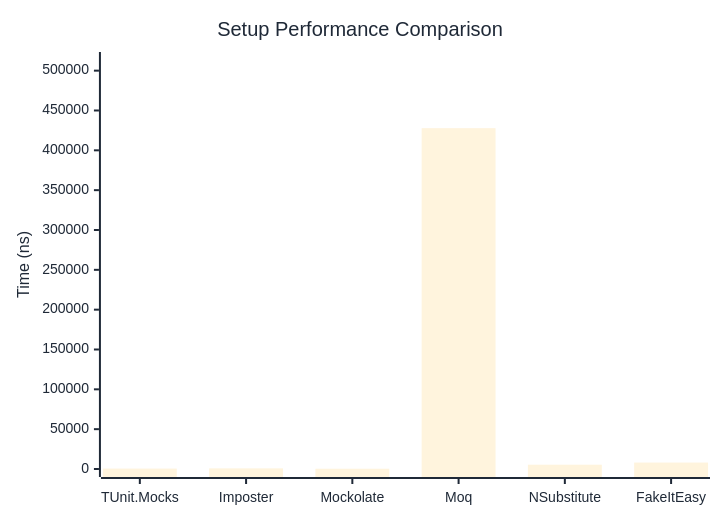
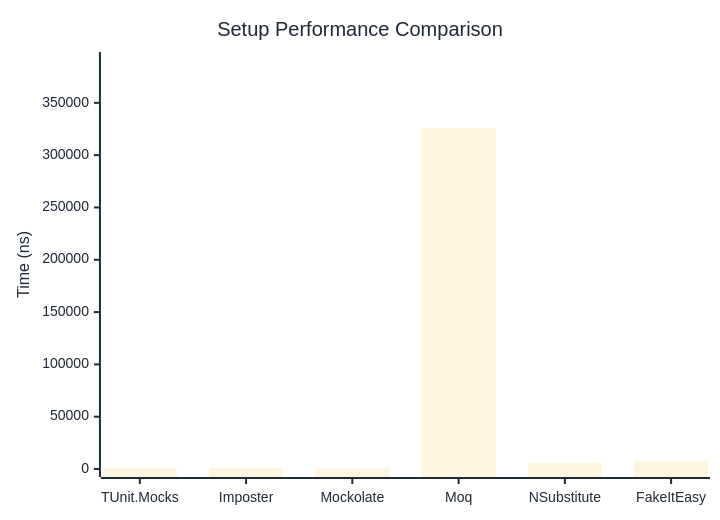
One commit to thomhurst/TUnit changed the first of 2 diagrams in docs/docs/benchmarks/mocks/Setup.md. Above: the diagram before and after it, drawn with Mermaid. The commit also changed other lines of this file and 14 other files, not shown here.

````diff
--- a/docs/docs/benchmarks/mocks/Setup.md
+++ b/docs/docs/benchmarks/mocks/Setup.md
@@ -30,27 +30,27 @@
 ```mermaid
 %%{init: {
   'theme':'base',
   'themeVariables': {
     'primaryColor': '#2563eb',
     'primaryTextColor': '#1f2937',
     'primaryBorderColor': '#1e40af',
     'lineColor': '#6b7280',
     'secondaryColor': '#7c3aed',
     'tertiaryColor': '#dc2626',
     'background': '#ffffff',
     'pie1': '#2563eb',
     'pie2': '#7c3aed',
     'pie3': '#dc2626',
     'pie4': '#f59e0b',
     'pie5': '#10b981',
     'pie6': '#06b6d4',
     'pie7': '#ec4899',
     'pie8': '#6366f1'
   }
 }}%%
 xychart-beta
   title "Setup Performance Comparison"
   x-axis ["TUnit.Mocks", "Imposter", "Mockolate", "Moq", "NSubstitute", "FakeItEasy"]
-  y-axis "Time (ns)" 0 --> 513375
-  bar [527.5, 800.5, 328.8, 427811.8, 5393.6, 8089.5]
+  y-axis "Time (ns)" 0 --> 390956
+  bar [600.5, 862, 373.3, 325796.5, 5540.7, 7847.2]
 ```
````
